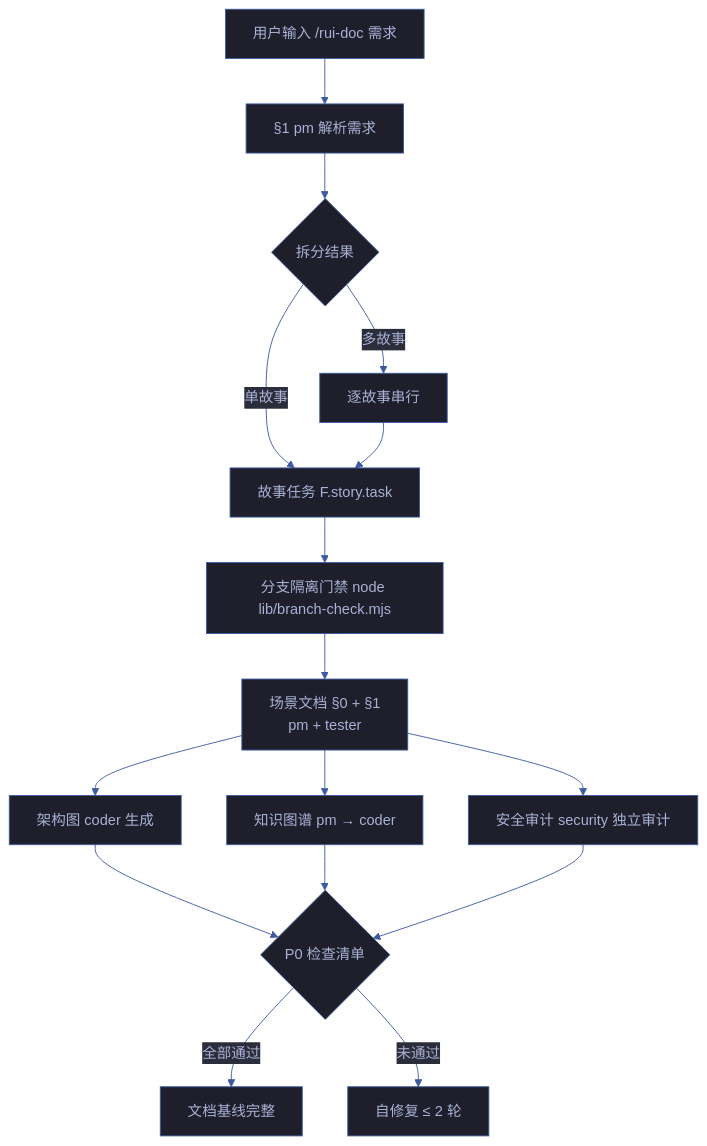
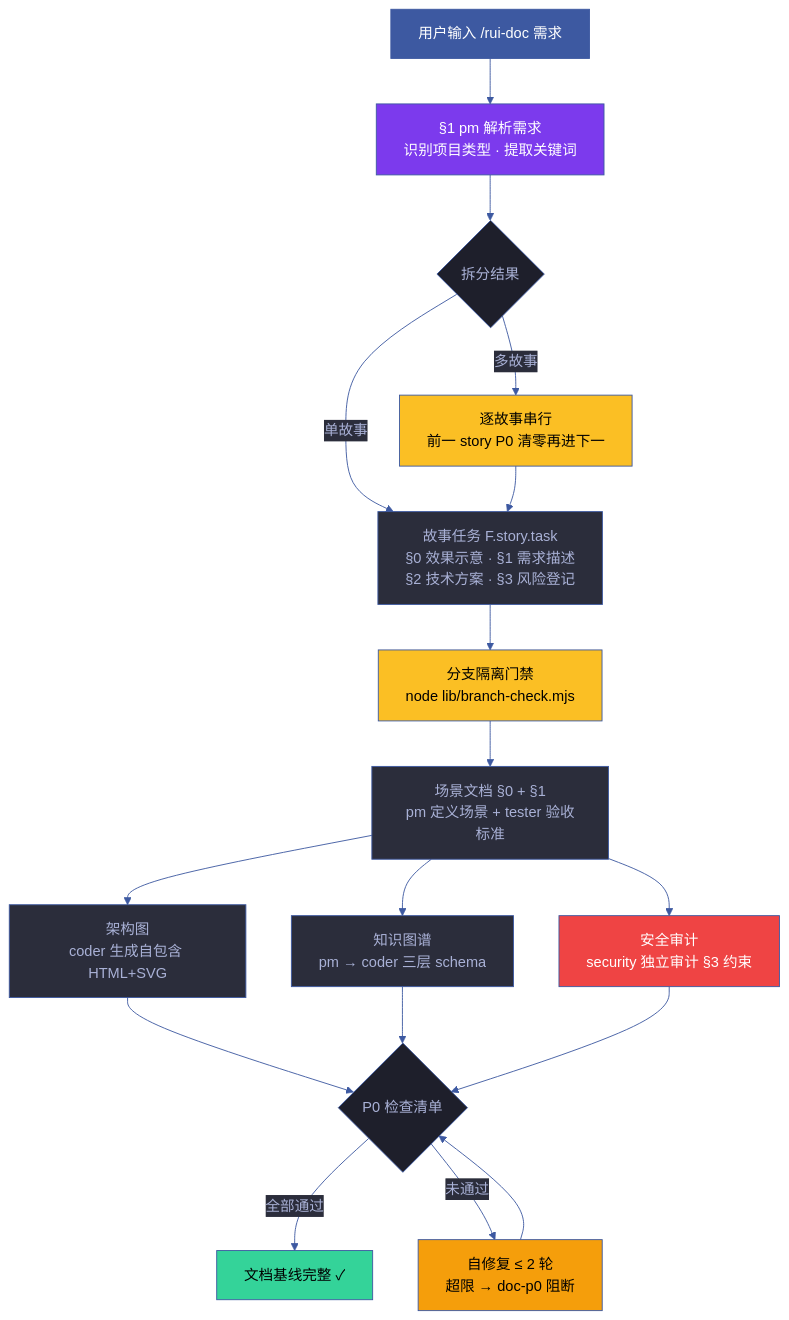
Before and after one commit to effiy/YrY: the first of 4 diagrams in skills/rui-doc/SKILL.md, drawn with Mermaid. The commit also changed other lines of this file and 1028 other files, not shown here.

````diff
--- a/skills/rui-doc/SKILL.md
+++ b/skills/rui-doc/SKILL.md
@@ -23,22 +25,31 @@
 ```mermaid
 %%{init: {'theme': 'base', 'themeVariables': {
   'primaryColor': '#1e1f2b', 'primaryTextColor': '#a9b1d6', 'primaryBorderColor': '#3d59a1',
   'lineColor': '#3d59a1', 'secondaryColor': '#2b2d3b', 'tertiaryColor': '#21232f'
 }}}%%
 flowchart TD
-    INPUT["用户输入 /rui-doc 需求"]:::input --> PARSE["§1 pm 解析需求"]:::pm
+    INPUT["用户输入 /rui-doc 需求"]:::input --> PARSE["§1 pm 解析需求<br/>识别项目类型 · 提取关键词"]:::pm
     PARSE --> SPLIT{"拆分结果"}
-    SPLIT -->|"单故事"| STORY["故事任务 F.story.task"]:::doc
-    SPLIT -->|"多故事"| SERIAL["逐故事串行"]:::gate
+    SPLIT -->|"单故事"| STORY["故事任务 F.story.task<br/>§0 效果示意 · §1 需求描述<br/>§2 技术方案 · §3 风险登记"]:::doc
+    SPLIT -->|"多故事"| SERIAL["逐故事串行<br/>前一 story P0 清零再进下一"]:::gate
     SERIAL --> STORY
-    STORY --> BRANCH["分支隔离门禁 node lib/branch-check.mjs"]:::gate
-    BRANCH --> SCENE["场景文档 §0 + §1<br/>pm + tester"]:::doc
-    SCENE --> ARCH["架构图 coder 生成"]:::doc
-    SCENE --> KG["知识图谱 pm → coder"]:::doc
-    SCENE --> SEC["安全审计 security 独立审计"]:::sec
+    STORY --> BRANCH["分支隔离门禁<br/>node lib/branch-check.mjs"]:::gate
+    BRANCH --> SCENE["场景文档 §0 + §1<br/>pm 定义场景 + tester 验收标准"]:::doc
+    SCENE --> ARCH["架构图<br/>coder 生成自包含 HTML+SVG"]:::doc
+    SCENE --> KG["知识图谱<br/>pm → coder 三层 schema"]:::doc
+    SCENE --> SEC["安全审计<br/>security 独立审计 §3 约束"]:::sec
     ARCH --> P0{"P0 检查清单"}
     KG --> P0
     SEC --> P0
-    P0 -->|"全部通过"| OUT["文档基线完整"]:::out
-    P0 -->|"未通过"| FIX["自修复 ≤ 2 轮"]:::fix
+    P0 -->|"全部通过"| OUT["文档基线完整 ✓"]:::out
+    P0 -->|"未通过"| FIX["自修复 ≤ 2 轮<br/>超限 → doc-p0 阻断"]:::fix
+    FIX --> P0
+
+    classDef input fill:#3d59a1,color:#fff
+    classDef pm fill:#7c3aed,color:#fff
+    classDef doc fill:#2b2d3b,stroke:#3d59a1,color:#a9b1d6
+    classDef gate fill:#fbbf24,color:#000
+    classDef sec fill:#ef4444,color:#fff
+    classDef out fill:#34d399,color:#000
+    classDef fix fill:#f59e0b,color:#000
 ```
````
